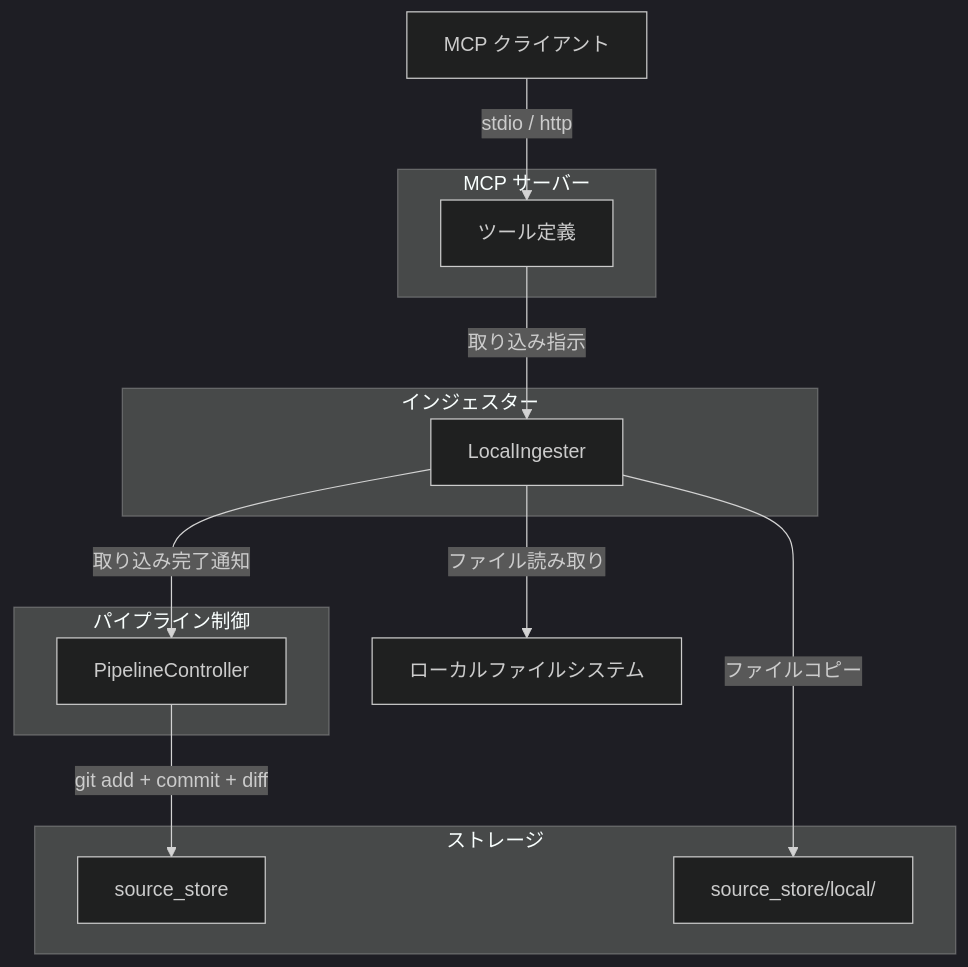
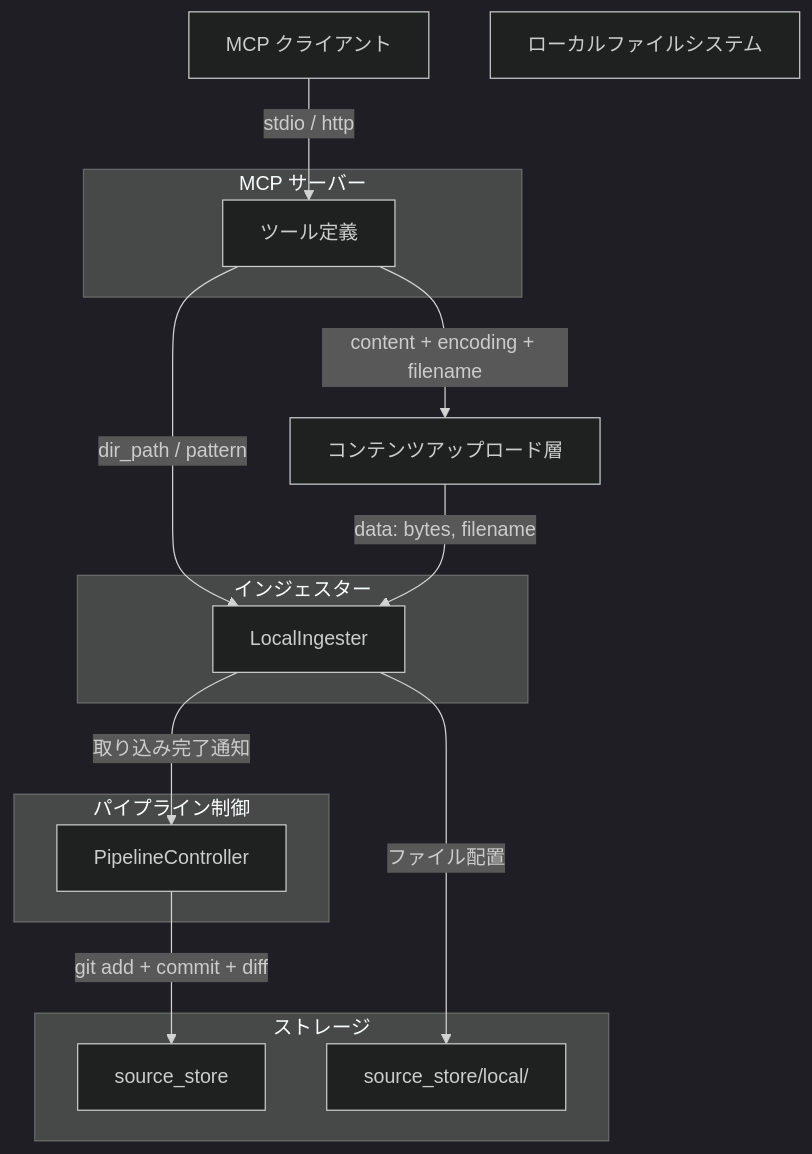
One commit to becky3/rag-knowledge changed the first of 3 diagrams in docs/specs/ingesters/local.md. Above: the diagram before and after it, drawn with Mermaid (dark theme). The commit also changed other lines of this file and 3 other files, not shown here.

Commit message:
docs(content-upload,local,journal,common): コンテンツアップロード型への変更仕様書 (#388)

````diff
--- a/docs/specs/ingesters/local.md
+++ b/docs/specs/ingesters/local.md
@@ -158,30 +163,31 @@
 ```mermaid
 flowchart TB
     CLIENT["MCP クライアント"]
 
     subgraph MCP["MCP サーバー"]
         TOOLS["ツール定義"]
     end
 
     subgraph Pipeline["パイプライン制御"]
         PC["PipelineController"]
     end
 
     subgraph Ingesters["インジェスター"]
         LING["LocalIngester"]
     end
 
     subgraph Storage["ストレージ"]
         SS["source_store"]
         LOCAL["source_store/local/"]
     end
 
     FS["ローカルファイルシステム"]
 
     CLIENT -->|stdio / http| TOOLS
-    TOOLS -->|取り込み指示| LING
-    LING -->|ファイル読み取り| FS
-    LING -->|ファイルコピー| LOCAL
+    TOOLS -->|content + encoding + filename| UL["コンテンツアップロード層"]
+    TOOLS -->|dir_path / pattern| LING
+    UL -->|data: bytes, filename| LING
+    LING -->|ファイル配置| LOCAL
     LING -->|取り込み完了通知| PC
     PC -->|git add + commit + diff| SS
 ```
````
